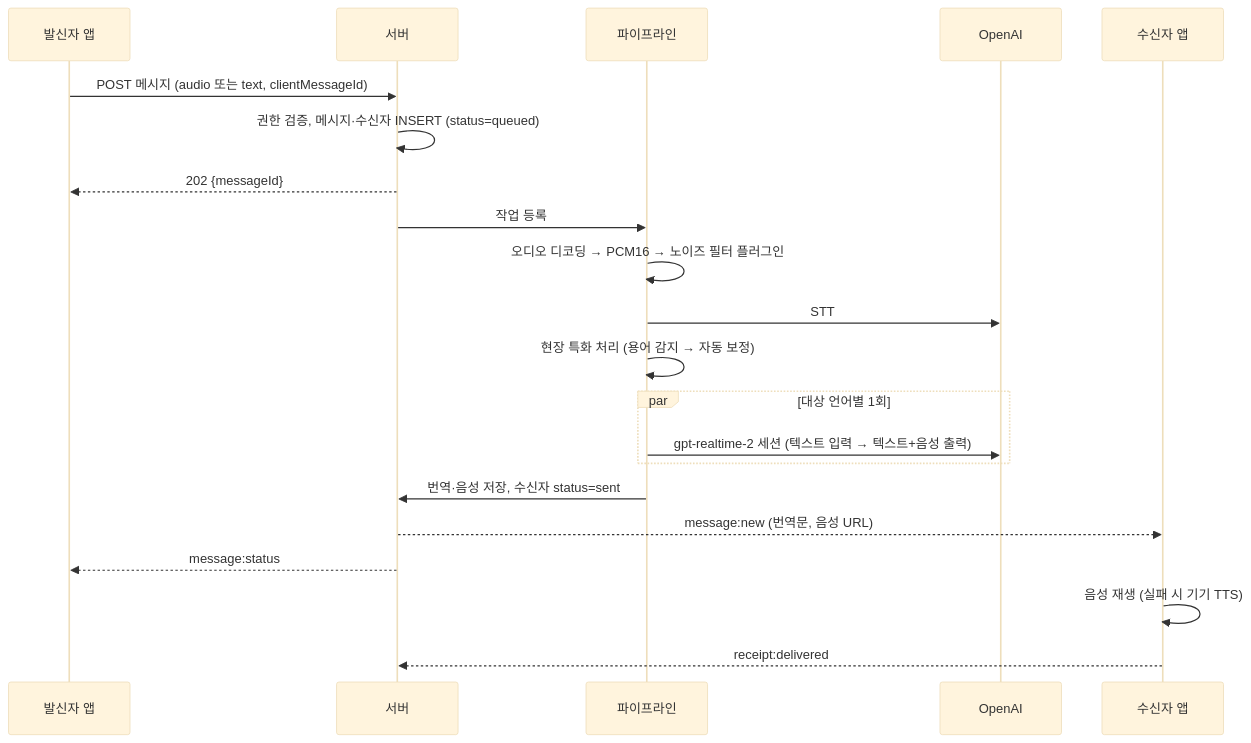
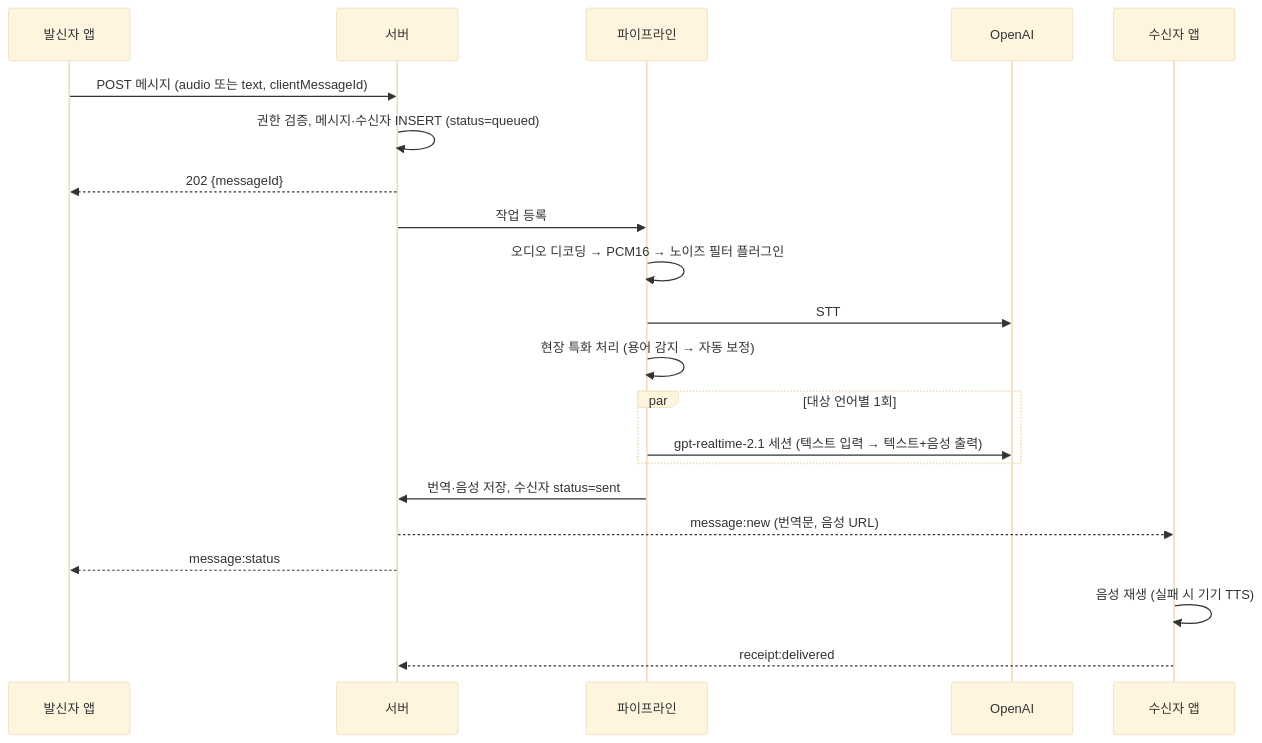
One commit to jang-tang/SYNCREW changed the second of 2 diagrams in docs/architecture.md. Above: the diagram before and after it, drawn with Mermaid (base theme). The commit also changed other lines of this file and 44 other files, not shown here.

````diff
--- a/docs/architecture.md
+++ b/docs/architecture.md
@@ -76,23 +76,23 @@
 ```mermaid
 sequenceDiagram
   participant A as 발신자 앱
   participant S as 서버
   participant P as 파이프라인
   participant O as OpenAI
   participant B as 수신자 앱
   A->>S: POST 메시지 (audio 또는 text, clientMessageId)
   S->>S: 권한 검증, 메시지·수신자 INSERT (status=queued)
   S-->>A: 202 {messageId}
   S->>P: 작업 등록
   P->>P: 오디오 디코딩 → PCM16 → 노이즈 필터 플러그인
   P->>O: STT
   P->>P: 현장 특화 처리 (용어 감지 → 자동 보정)
   par 대상 언어별 1회
-    P->>O: gpt-realtime-2 세션 (텍스트 입력 → 텍스트+음성 출력)
+    P->>O: gpt-realtime-2.1 세션 (텍스트 입력 → 텍스트+음성 출력)
   end
   P->>S: 번역·음성 저장, 수신자 status=sent
   S-->>B: message:new (번역문, 음성 URL)
   S-->>A: message:status
   B->>B: 음성 재생 (실패 시 기기 TTS)
   B-->>S: receipt:delivered
 ```
````
